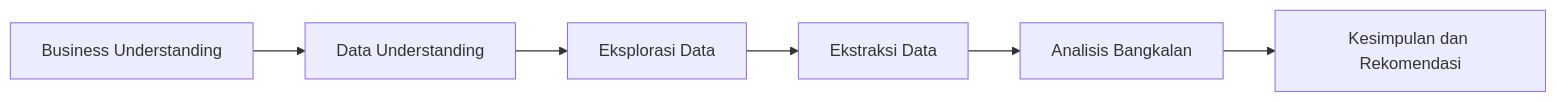
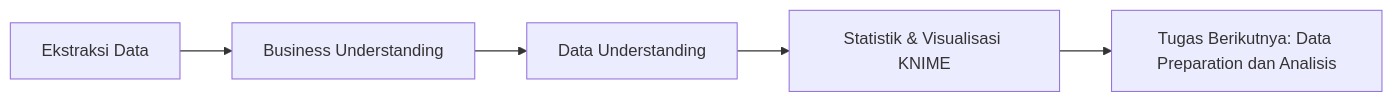
The diagram in materi/_build/html/_sources/pengantar-analisis-polutan-bangkalan.md (RifqiRafii/PSD), drawn with Mermaid before and after one commit. The commit also changed other lines of this file and 282 other files, not shown here.

````diff
--- a/materi/_build/html/_sources/pengantar-analisis-polutan-bangkalan.md
+++ b/materi/_build/html/_sources/pengantar-analisis-polutan-bangkalan.md
@@ -67,8 +61,7 @@
 ```{mermaid}
 flowchart LR
-    A[Business Understanding] --> B[Data Understanding]
-    B --> C[Eksplorasi Data]
-    C --> D[Ekstraksi Data]
-    D --> E[Analisis Bangkalan]
-    E --> F[Kesimpulan dan Rekomendasi]
+    A[Ekstraksi Data] --> B[Business Understanding]
+    B --> C[Data Understanding]
+    C --> D[Statistik & Visualisasi KNIME]
+    D --> E[Tugas Berikutnya: Data Preparation dan Analisis]
 ```
````
